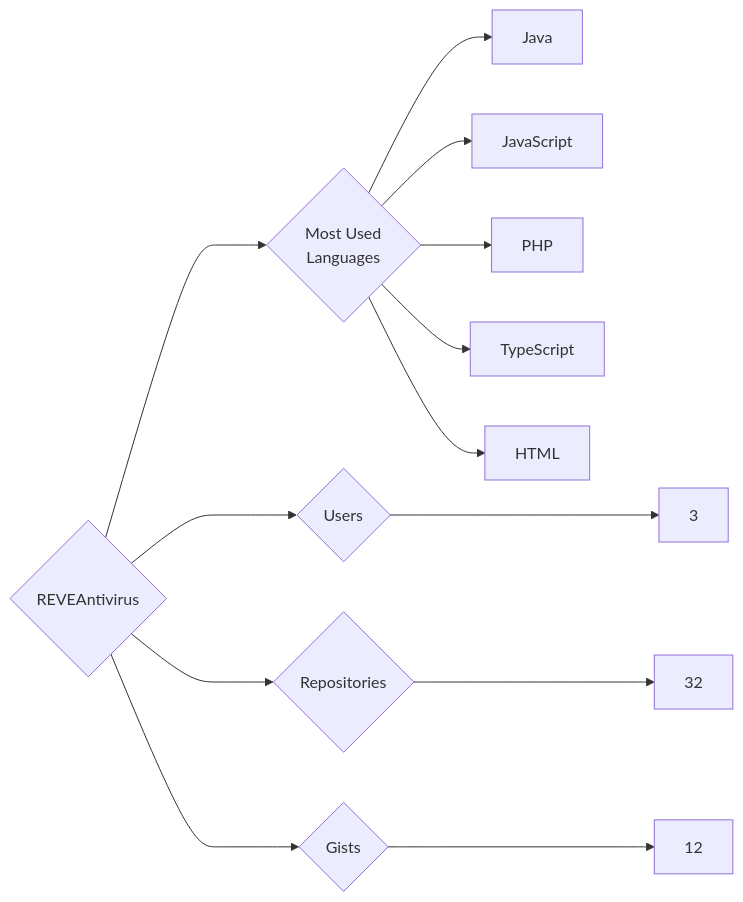
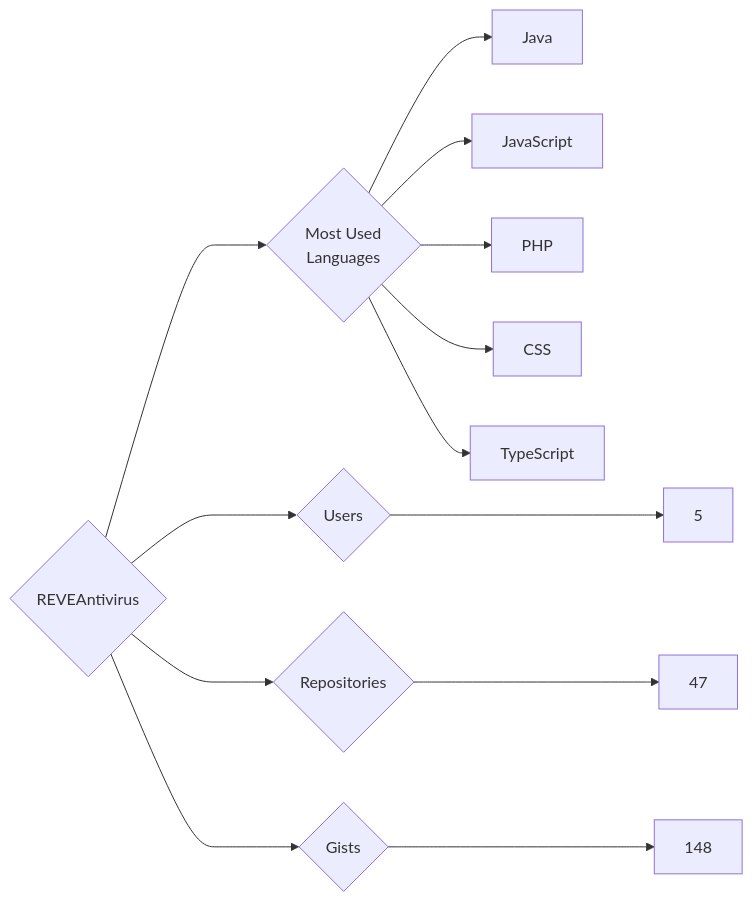
One commit to trickest/insiders changed the diagram in targets/REVEAntivirus/README.md. Above: the diagram before and after it, drawn with Mermaid. The commit also changed 1508 other files, not shown here.

````diff
--- a/targets/REVEAntivirus/README.md
+++ b/targets/REVEAntivirus/README.md
@@ -3,13 +3,13 @@
 ```mermaid
 graph LR
 COMPANY_NAME{REVEAntivirus}
-COMPANY_NAME ---> U{Users} ---> UN[3]
-COMPANY_NAME ---> R{Repositories} ---> RN[32]
-COMPANY_NAME ---> G{Gists} ---> GN[12]
+COMPANY_NAME ---> U{Users} ---> UN[5]
+COMPANY_NAME ---> R{Repositories} ---> RN[47]
+COMPANY_NAME ---> G{Gists} ---> GN[148]
 COMPANY_NAME ---> ML{Most Used<br>Languages}
 ML --> Java[Java]
 ML --> JavaScript[JavaScript]
 ML --> PHP[PHP]
+ML --> CSS[CSS]
 ML --> TypeScript[TypeScript]
-ML --> HTML[HTML]
 ```
````
